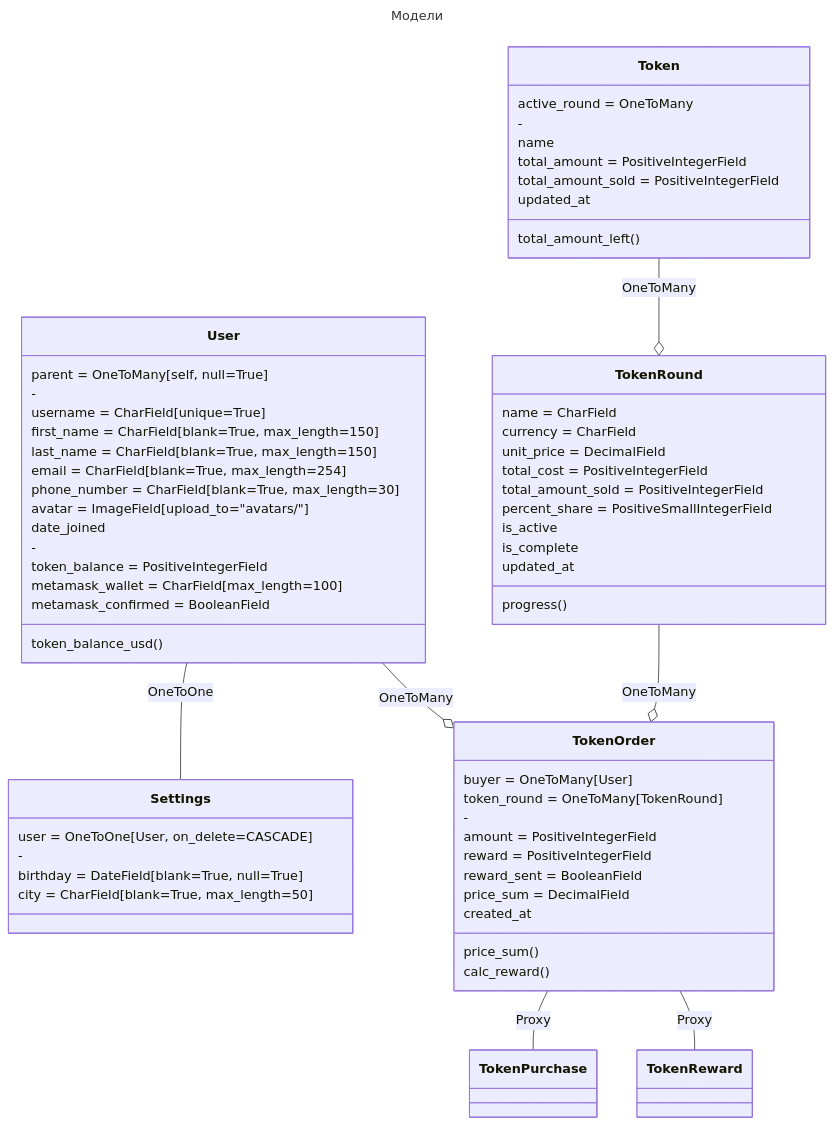
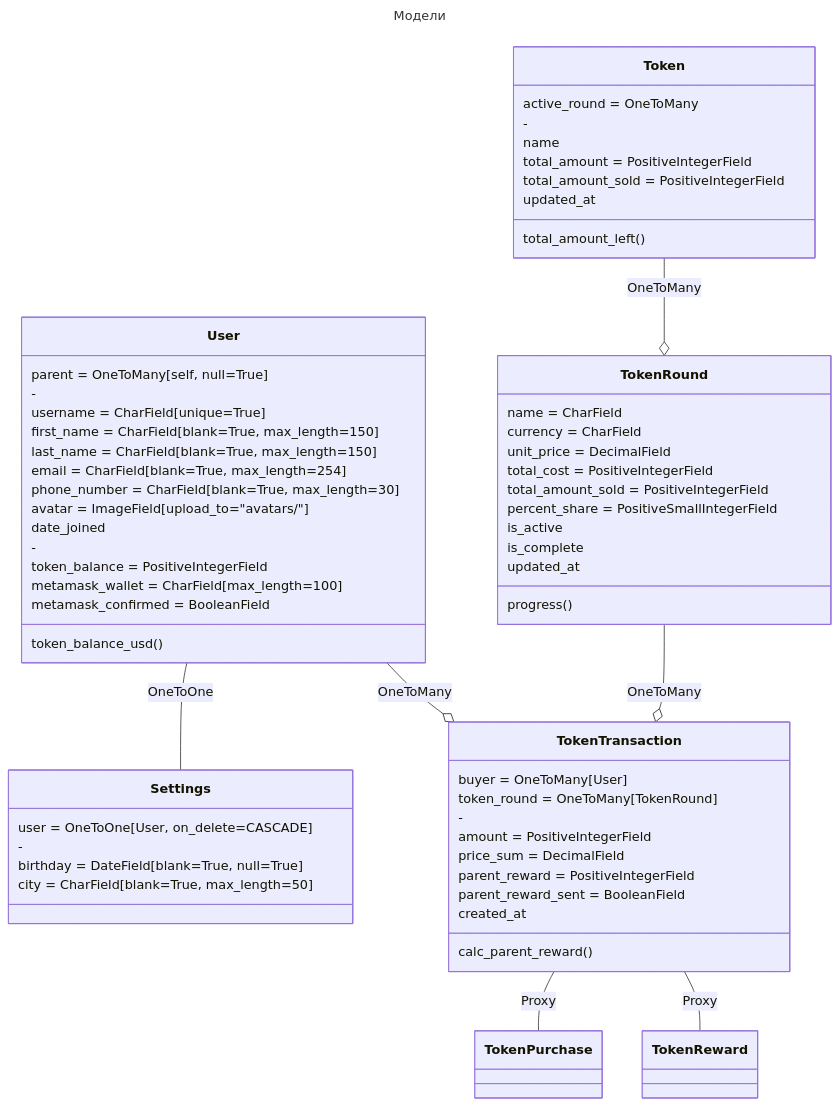
One commit to DmitryPi/market_django changed the first of 2 diagrams in README.md. Above: the diagram before and after it, drawn with Mermaid. The commit also changed other lines of this file and 3 other files, not shown here.

````diff
--- a/README.md
+++ b/README.md
@@ -39,78 +41,77 @@
 ```mermaid
 ---
 title: Модели
 ---
 classDiagram
     User -- Settings : OneToOne
     Token --o TokenRound : OneToMany
-    User --o TokenOrder : OneToMany
-    TokenRound --o TokenOrder : OneToMany
-    TokenOrder -- TokenPurchase : Proxy
-    TokenOrder -- TokenReward : Proxy
+    User --o TokenTransaction : OneToMany
+    TokenRound --o TokenTransaction : OneToMany
+    TokenTransaction -- TokenPurchase : Proxy
+    TokenTransaction -- TokenReward : Proxy
 
     class User {
         parent = OneToMany[self, null=True]
         -
         username = CharField[unique=True]
         first_name = CharField[blank=True, max_length=150]
         last_name = CharField[blank=True, max_length=150]
         email = CharField[blank=True, max_length=254]
         phone_number = CharField[blank=True, max_length=30]
         avatar = ImageField[upload_to="avatars/"]
         date_joined
         -
         token_balance = PositiveIntegerField
         metamask_wallet = CharField[max_length=100]
         metamask_confirmed = BooleanField
         token_balance_usd()
     }
 
     class Settings {
         user = OneToOne[User, on_delete=CASCADE]
         -
         birthday = DateField[blank=True, null=True]
         city = CharField[blank=True, max_length=50]
     }
 
     class Token {
         active_round = OneToMany
         -
         name
         total_amount = PositiveIntegerField
         total_amount_sold = PositiveIntegerField
         updated_at
         total_amount_left()
     }
 
     class TokenRound {
         name = CharField
         currency = CharField
         unit_price = DecimalField
         total_cost = PositiveIntegerField
         total_amount_sold = PositiveIntegerField
         percent_share = PositiveSmallIntegerField
         is_active
         is_complete
         updated_at
         progress()
     }
 
-    class TokenOrder {
+    class TokenTransaction {
         buyer = OneToMany[User]
         token_round = OneToMany[TokenRound]
         -
         amount = PositiveIntegerField
-        reward = PositiveIntegerField
-        reward_sent = BooleanField
         price_sum = DecimalField
+        parent_reward = PositiveIntegerField
+        parent_reward_sent = BooleanField
         created_at
-        price_sum()
-        calc_reward()
+        calc_parent_reward()
     }
 
     class TokenPurchase {
     }
 
     class TokenReward {
     }
 ```
````
